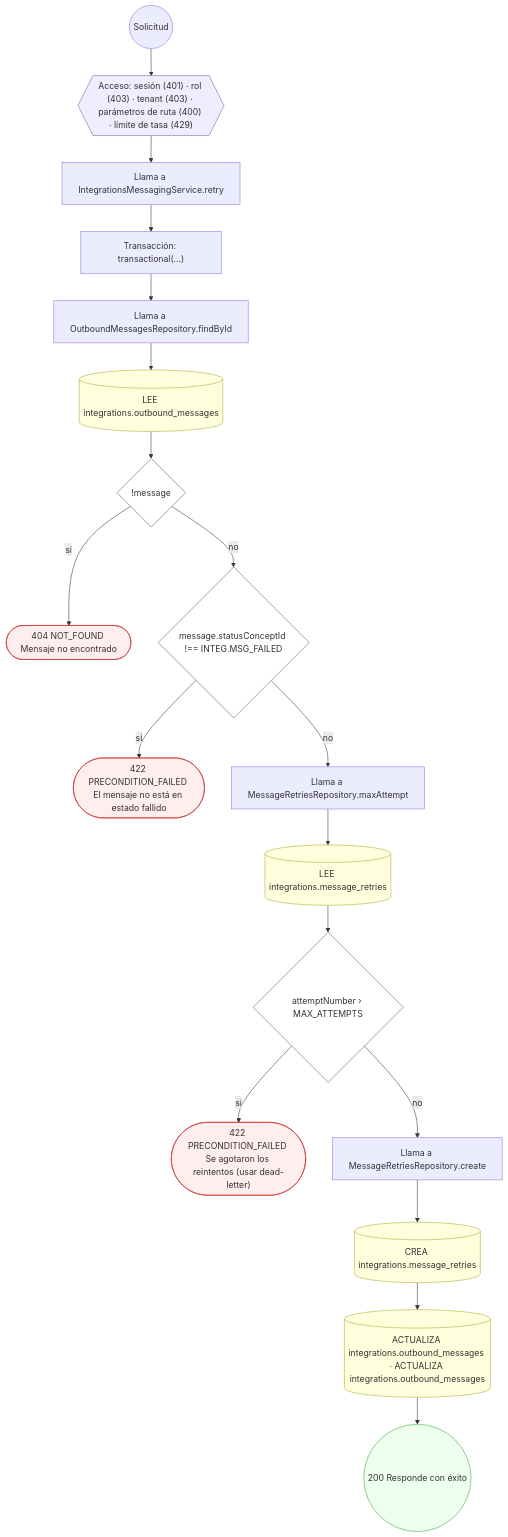
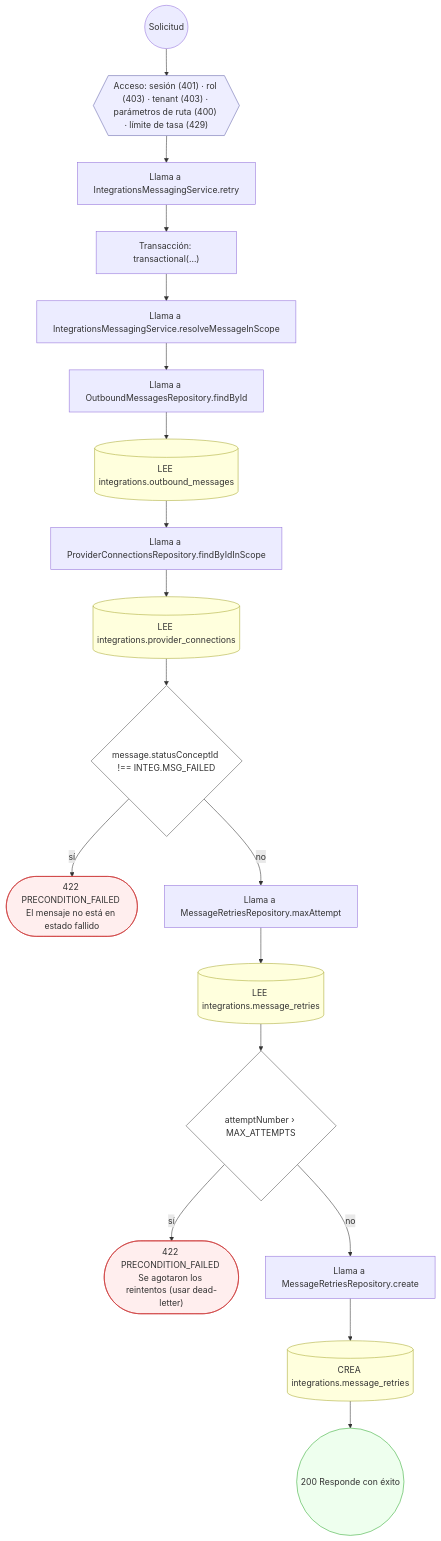
The eighth of 14 diagrams in docs/inventario/flujos/integrations.md (mdavila-2001/mantra-core-health-api), drawn with Mermaid before and after one commit. The commit also changed other lines of this file and 438 other files, not shown here.

````diff
--- a/docs/inventario/flujos/integrations.md
+++ b/docs/inventario/flujos/integrations.md
@@ -551,44 +561,44 @@
 ```mermaid
 flowchart TD
   n1(("Solicitud")):::inicio
   n2{{"Acceso: sesión (401) · rol (403) · tenant (403) · parámetros de ruta (400) · límite de tasa (429)"}}:::acceso
   n1 --> n2
   n3["Llama a IntegrationsMessagingService.retry"]:::llamada
   n2 --> n3
   n4["Transacción: transactional(…)"]:::transaccion
   n3 --> n4
-  n5["Llama a OutboundMessagesRepository.findById"]:::llamada
+  n5["Llama a IntegrationsMessagingService.resolveMessageInScope"]:::llamada
   n4 --> n5
-  n6[("LEE integrations.outbound_messages")]:::efecto
+  n6["Llama a OutboundMessagesRepository.findById"]:::llamada
   n5 --> n6
-  n7{"!message"}:::decision
+  n7[("LEE integrations.outbound_messages")]:::efecto
   n6 --> n7
-  n8(["404 NOT_FOUND Mensaje no encontrado"]):::error
-  n7 -->|"sí"| n8
-  n9{"message.statusConceptId !== INTEG.MSG_FAILED"}:::decision
-  n7 -->|"no"| n9
-  n10(["422 PRECONDITION_FAILED El mensaje no está en estado fallido"]):::error
-  n9 -->|"sí"| n10
-  n11["Llama a MessageRetriesRepository.maxAttempt"]:::llamada
-  n9 -->|"no"| n11
-  n12[("LEE integrations.message_retries")]:::efecto
-  n11 --> n12
-  n13{"attemptNumber › MAX_ATTEMPTS"}:::decision
+  n8["Llama a ProviderConnectionsRepository.findByIdInScope"]:::llamada
+  n7 --> n8
+  n9[("LEE integrations.provider_connections")]:::efecto
+  n8 --> n9
+  n10{"message.statusConceptId !== INTEG.MSG_FAILED"}:::decision
+  n9 --> n10
+  n11(["422 PRECONDITION_FAILED El mensaje no está en estado fallido"]):::error
+  n10 -->|"sí"| n11
+  n12["Llama a MessageRetriesRepository.maxAttempt"]:::llamada
+  n10 -->|"no"| n12
+  n13[("LEE integrations.message_retries")]:::efecto
   n12 --> n13
-  n14(["422 PRECONDITION_FAILED Se agotaron los reintentos (usar dead-letter)"]):::error
-  n13 -->|"sí"| n14
-  n15["Llama a MessageRetriesRepository.create"]:::llamada
-  n13 -->|"no"| n15
-  n16[("CREA integrations.message_retries")]:::efecto
-  n15 --> n16
-  n17[("ACTUALIZA integrations.outbound_messages · ACTUALIZA integrations.outbound_messages")]:::efecto
+  n14{"attemptNumber › MAX_ATTEMPTS"}:::decision
+  n13 --> n14
+  n15(["422 PRECONDITION_FAILED Se agotaron los reintentos (usar dead-letter)"]):::error
+  n14 -->|"sí"| n15
+  n16["Llama a MessageRetriesRepository.create"]:::llamada
+  n14 -->|"no"| n16
+  n17[("CREA integrations.message_retries")]:::efecto
   n16 --> n17
   n18(("200 Responde con éxito")):::ok
   n17 --> n18
   classDef acceso fill:#eef,stroke:#66a
   classDef error fill:#fee,stroke:#c33
   classDef ok fill:#efe,stroke:#3a3
   classDef efecto fill:#ffd,stroke:#aa3
   classDef decision fill:#fff,stroke:#555
   classDef corte fill:#eee,stroke:#999,stroke-dasharray: 4
 ```
````
